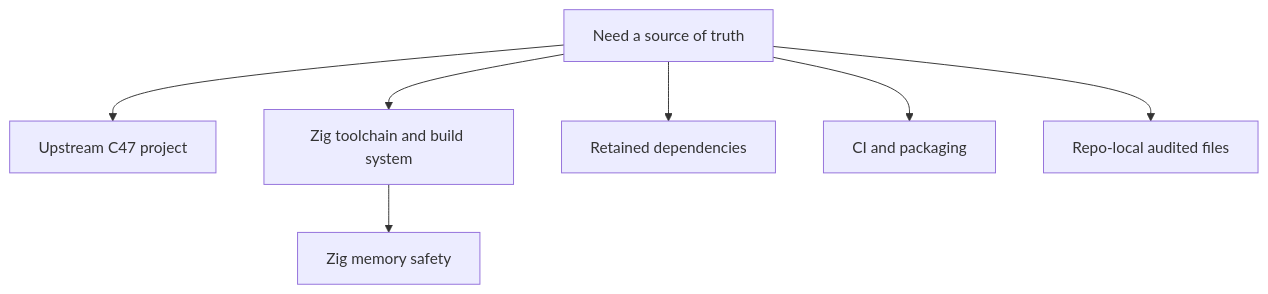
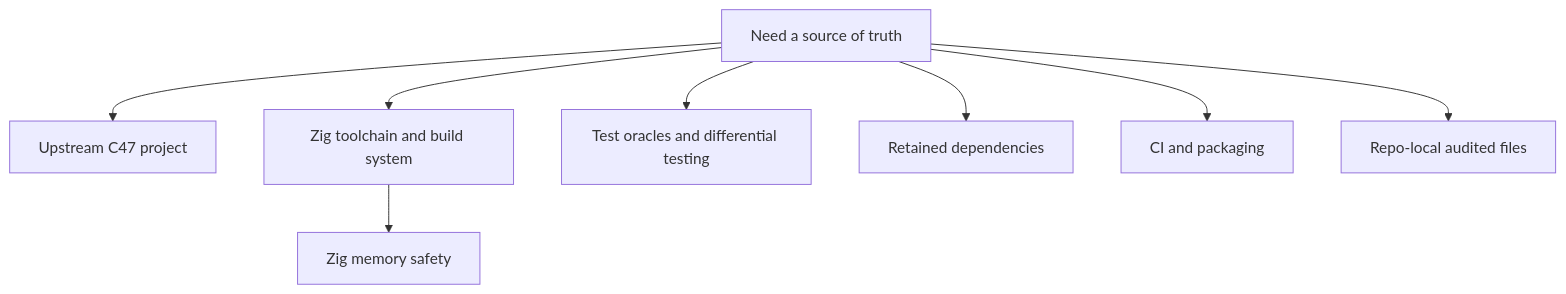
The diagram in docs/90-official-references.md (ppigazzini/z47), drawn with Mermaid before and after one commit. The commit also changed other lines of this file and 75 other files, not shown here.

````diff
--- a/docs/90-official-references.md
+++ b/docs/90-official-references.md
@@ -13,17 +16,19 @@
 ```mermaid
 flowchart TD
   A[Need a source of truth]
   B[Upstream C47 project]
   C[Zig toolchain and build system]
   G[Zig memory safety]
+  H[Test oracles and differential testing]
   D[Retained dependencies]
   E[CI and packaging]
   F[Repo-local audited files]
 
   A --> B
   A --> C
   C --> G
+  A --> H
   A --> D
   A --> E
   A --> F
 ```
````
